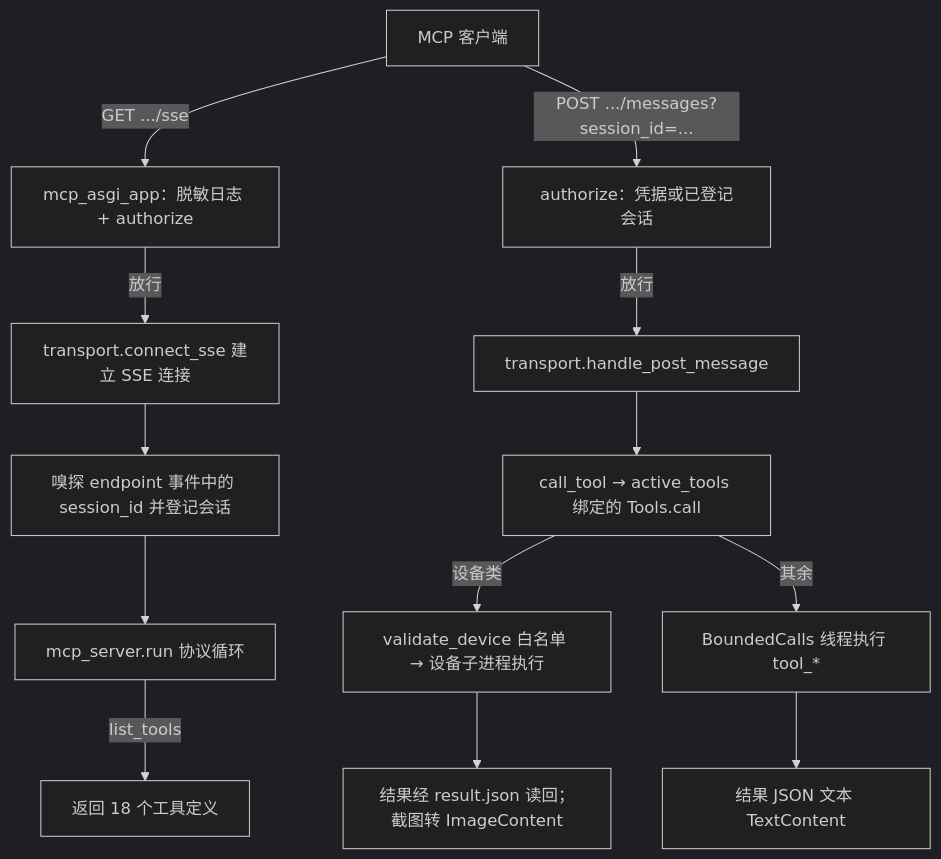
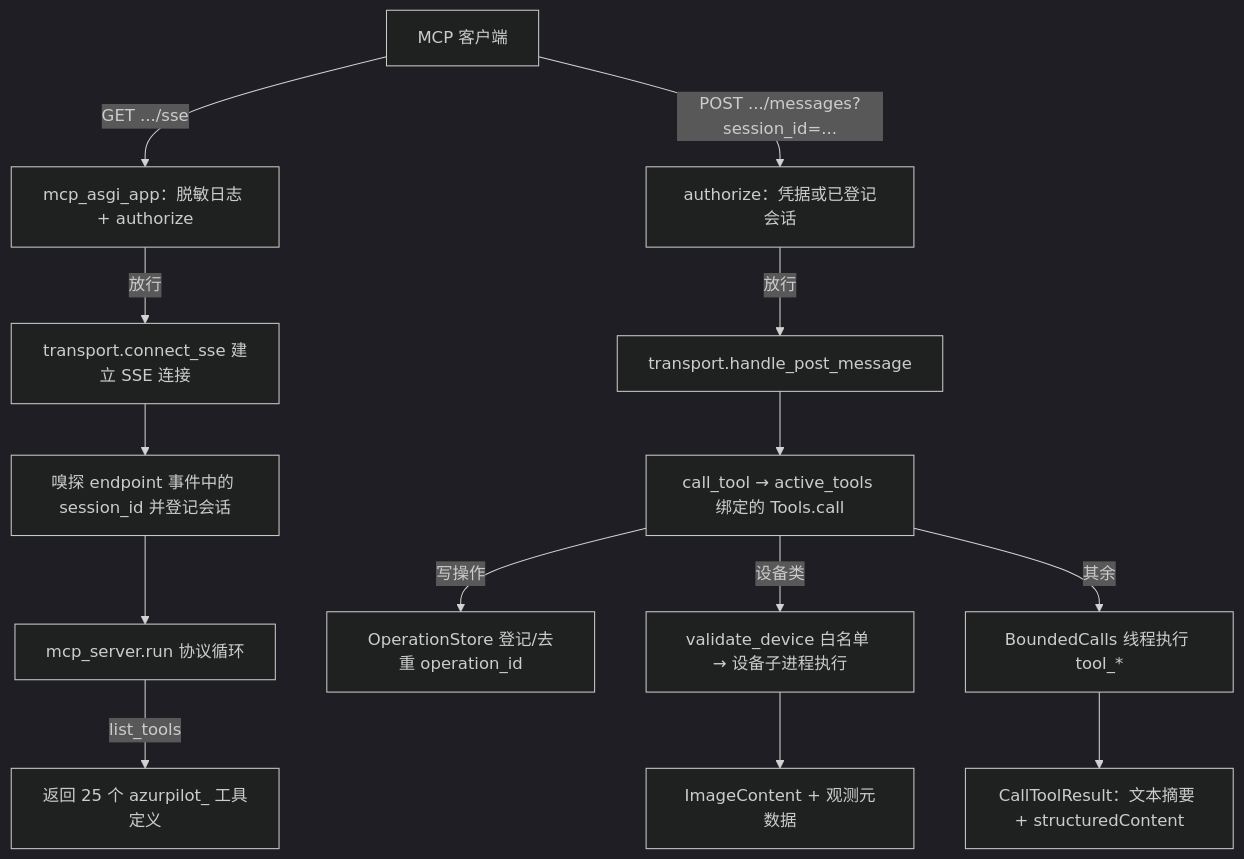
One commit to wess09/AzurPilot changed the first of 4 diagrams in docs/modules/entry/mcp-server.md. Above: the diagram before and after it, drawn with Mermaid (dark theme). The commit also changed other lines of this file and 655 other files, not shown here.

````diff
--- a/docs/modules/entry/mcp-server.md
+++ b/docs/modules/entry/mcp-server.md
@@ -144,15 +176,16 @@
 ```mermaid
 flowchart TD
     A["MCP 客户端"] -->|"GET .../sse"| B["mcp_asgi_app：脱敏日志 + authorize"]
     B -->|"放行"| C["transport.connect_sse 建立 SSE 连接"]
     C --> D["嗅探 endpoint 事件中的 session_id 并登记会话"]
     D --> E["mcp_server.run 协议循环"]
-    E -->|"list_tools"| F["返回 18 个工具定义"]
+    E -->|"list_tools"| F["返回 25 个 azurpilot_ 工具定义"]
     A -->|"POST .../messages?session_id=..."| G["authorize：凭据或已登记会话"]
     G -->|"放行"| H["transport.handle_post_message"]
     H --> I["call_tool → active_tools 绑定的 Tools.call"]
-    I -->|"设备类"| J["validate_device 白名单 → 设备子进程执行"]
-    I -->|"其余"| K["BoundedCalls 线程执行 tool_*"]
-    J --> L["结果经 result.json 读回；截图转 ImageContent"]
-    K --> M["结果 JSON 文本 TextContent"]
+    I -->|"写操作"| J["OperationStore 登记/去重 operation_id"]
+    I -->|"设备类"| K["validate_device 白名单 → 设备子进程执行"]
+    I -->|"其余"| L["BoundedCalls 线程执行 tool_*"]
+    K --> M["ImageContent + 观测元数据"]
+    L --> N["CallToolResult：文本摘要 + structuredContent"]
 ```
````
